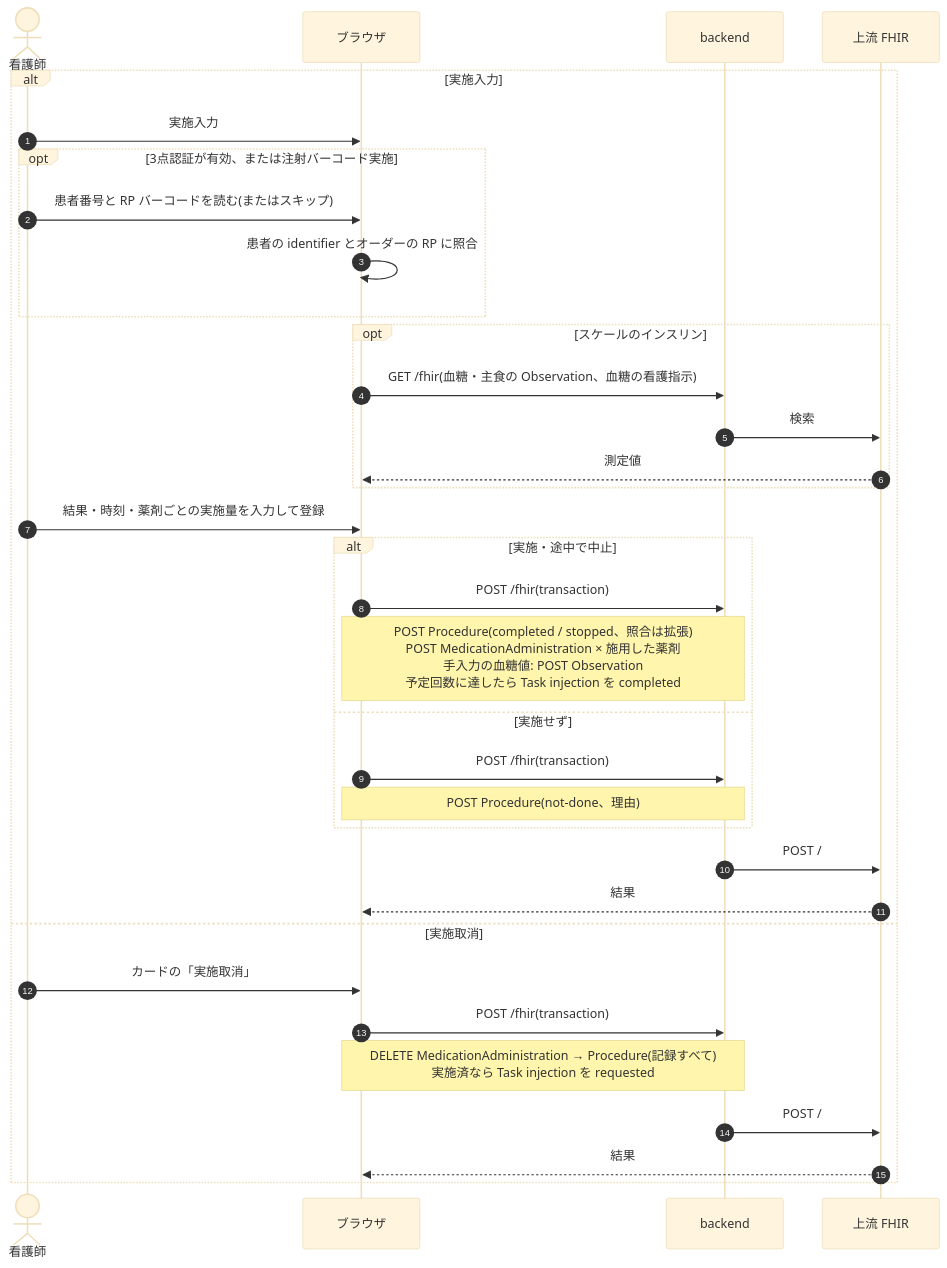
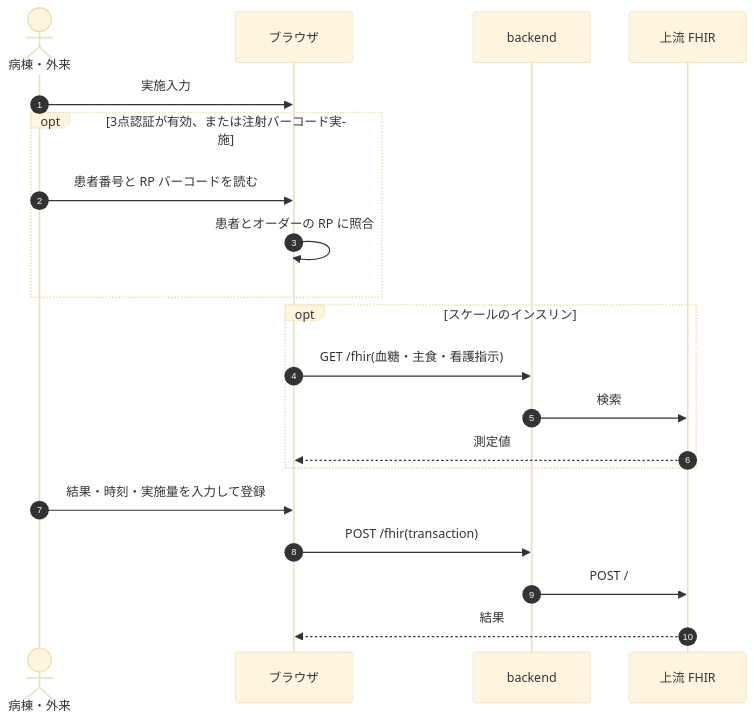
One commit to ysnr-dev/fhir-client-docs changed the eighth of 9 diagrams in docs/dev/injection.md. Above: the diagram before and after it, drawn with Mermaid (base theme). The commit also changed other lines of this file and 43 other files, not shown here.

Commit message:
docs: 業務フローとシーケンス図を写し直し

````diff
--- a/docs/dev/injection.md
+++ b/docs/dev/injection.md
@@ -210,37 +331,23 @@
 ```mermaid
 sequenceDiagram
   autonumber
-  actor Ns as 看護師
+  actor Ns as 病棟・外来
   participant UI as ブラウザ
   participant BE as backend
   participant FHIR as 上流 FHIR
 
-  alt 実施入力
-    Ns->>UI: 実施入力
-    opt 3点認証が有効、または注射バーコード実施
-      Ns->>UI: 患者番号と RP バーコードを読む(またはスキップ)
-      UI->>UI: 患者の identifier とオーダーの RP に照合
-    end
-    opt スケールのインスリン
-      UI->>BE: GET /fhir(血糖・主食の Observation、血糖の看護指示)
-      BE->>FHIR: 検索
-      FHIR-->>UI: 測定値
-    end
-    Ns->>UI: 結果・時刻・薬剤ごとの実施量を入力して登録
-    alt 実施・途中で中止
-      UI->>BE: POST /fhir(transaction)
-      Note over UI,BE: POST Procedure(completed / stopped、照合は拡張)<br/>POST MedicationAdministration × 施用した薬剤<br/>手入力の血糖値: POST Observation<br/>予定回数に達したら Task injection を completed
-    else 実施せず
-      UI->>BE: POST /fhir(transaction)
-      Note over UI,BE: POST Procedure(not-done、理由)
-    end
-    BE->>FHIR: POST /
-    FHIR-->>UI: 結果
-  else 実施取消
-    Ns->>UI: カードの「実施取消」
-    UI->>BE: POST /fhir(transaction)
-    Note over UI,BE: DELETE MedicationAdministration → Procedure(記録すべて)<br/>実施済なら Task injection を requested
-    BE->>FHIR: POST /
-    FHIR-->>UI: 結果
+  Ns->>UI: 実施入力
+  opt 3点認証が有効、または注射バーコード実施
+    Ns->>UI: 患者番号と RP バーコードを読む
+    UI->>UI: 患者とオーダーの RP に照合
   end
+  opt スケールのインスリン
+    UI->>BE: GET /fhir(血糖・主食・看護指示)
+    BE->>FHIR: 検索
+    FHIR-->>UI: 測定値
+  end
+  Ns->>UI: 結果・時刻・実施量を入力して登録
+  UI->>BE: POST /fhir(transaction)
+  BE->>FHIR: POST /
+  FHIR-->>UI: 結果
 ```
````
